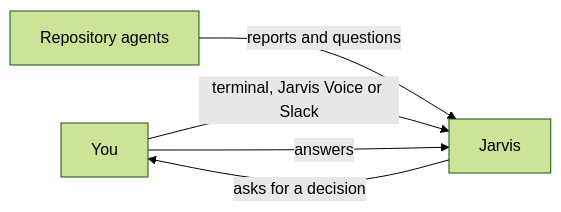
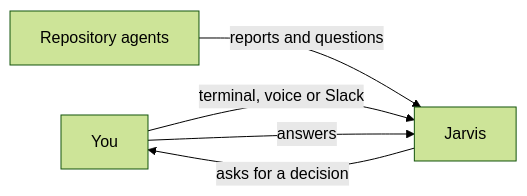
One commit to vanillagreencom/kendex changed the diagram in skills/jarvis/documentation/HIW-messages.md. Above: the diagram before and after it, drawn with Mermaid (forest theme). The commit also changed other lines of this file and 3 other files, not shown here.

````diff
--- a/skills/jarvis/documentation/HIW-messages.md
+++ b/skills/jarvis/documentation/HIW-messages.md
@@ -5,7 +5,7 @@
 ```mermaid
 flowchart LR
-    You[You] -->|terminal, Jarvis Voice or Slack| Jarvis[Jarvis]
+    You[You] -->|terminal, voice or Slack| Jarvis[Jarvis]
     Agents[Repository agents] -->|reports and questions| Jarvis
     Jarvis -->|asks for a decision| You
     You -->|answers| Jarvis
 ```
````
